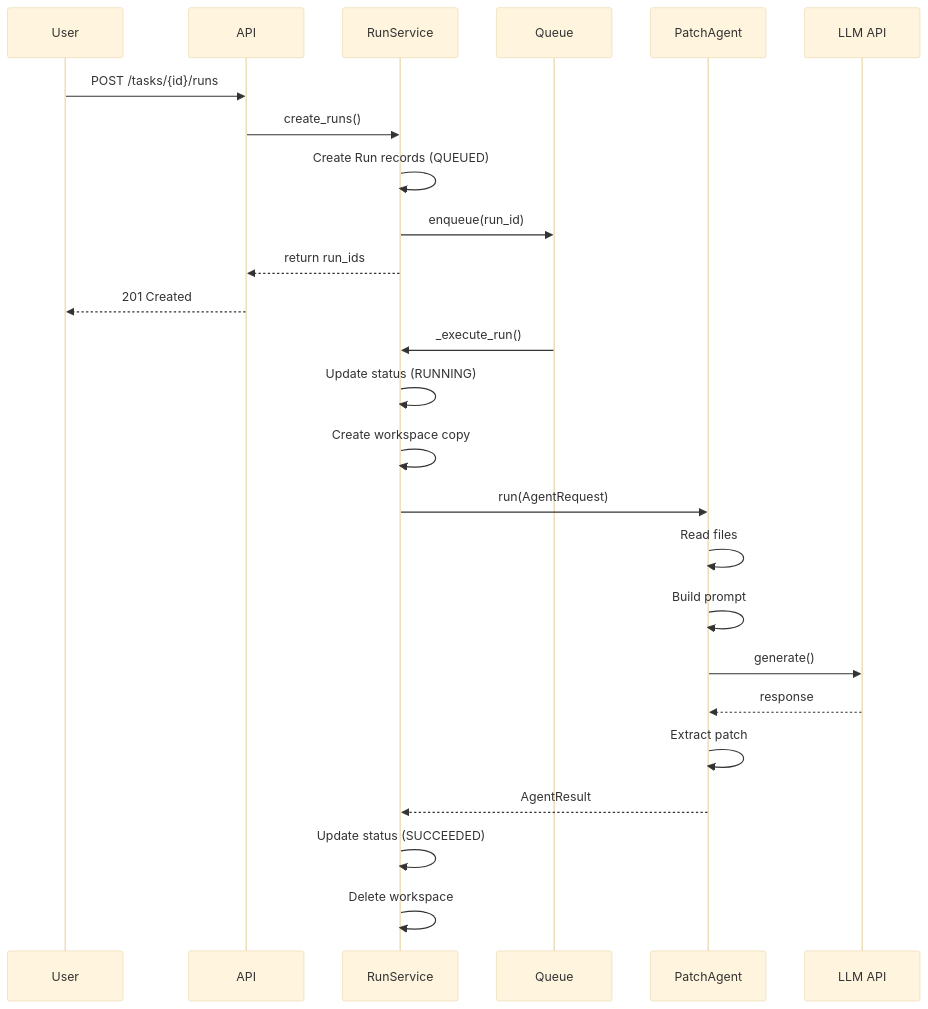
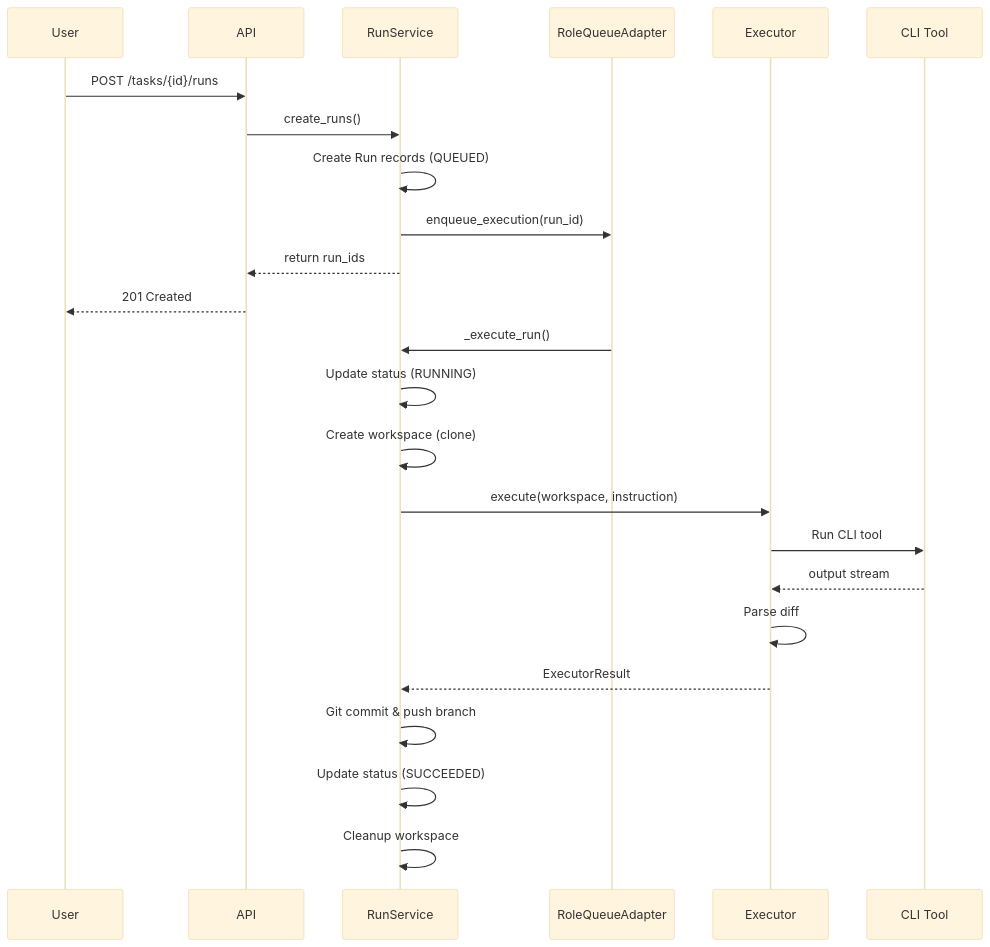
Before and after one commit to hampen2929/zloth: the sixth of 15 diagrams in docs/architecture.md, drawn with Mermaid (base theme). The commit also changed other lines of this file, not shown here.

First line of the commit message:
Update architecture documentation with current implementation

````diff
--- a/docs/architecture.md
+++ b/docs/architecture.md
@@ -179,29 +369,28 @@
 ```mermaid
 sequenceDiagram
     participant U as User
     participant A as API
     participant RS as RunService
-    participant Q as Queue
-    participant PA as PatchAgent
-    participant LLM as LLM API
+    participant Q as RoleQueueAdapter
+    participant EX as Executor
+    participant CLI as CLI Tool
 
     U->>A: POST /tasks/{id}/runs
     A->>RS: create_runs()
     RS->>RS: Create Run records (QUEUED)
-    RS->>Q: enqueue(run_id)
+    RS->>Q: enqueue_execution(run_id)
     RS-->>A: return run_ids
     A-->>U: 201 Created
 
     Q->>RS: _execute_run()
     RS->>RS: Update status (RUNNING)
-    RS->>RS: Create workspace copy
-    RS->>PA: run(AgentRequest)
-    PA->>PA: Read files
-    PA->>PA: Build prompt
-    PA->>LLM: generate()
-    LLM-->>PA: response
-    PA->>PA: Extract patch
-    PA-->>RS: AgentResult
+    RS->>RS: Create workspace (clone)
+    RS->>EX: execute(workspace, instruction)
+    EX->>CLI: Run CLI tool
+    CLI-->>EX: output stream
+    EX->>EX: Parse diff
+    EX-->>RS: ExecutorResult
+    RS->>RS: Git commit & push branch
     RS->>RS: Update status (SUCCEEDED)
-    RS->>RS: Delete workspace
+    RS->>RS: Cleanup workspace
 ```
````
